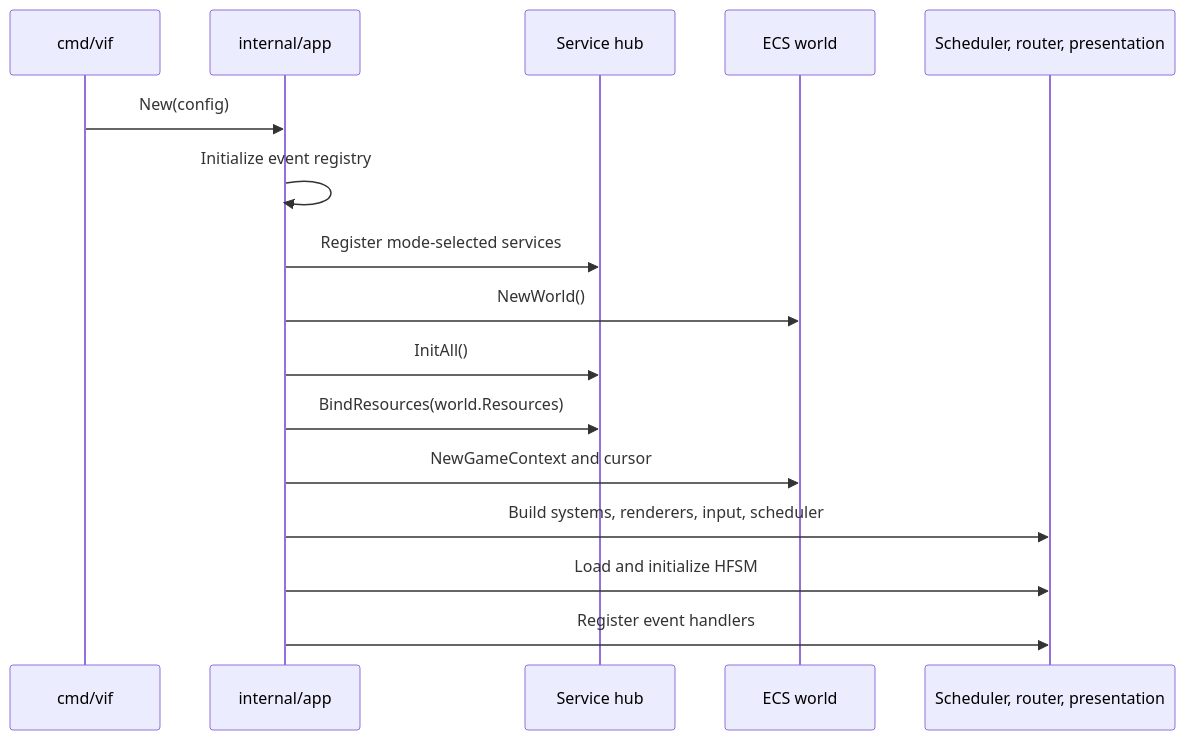
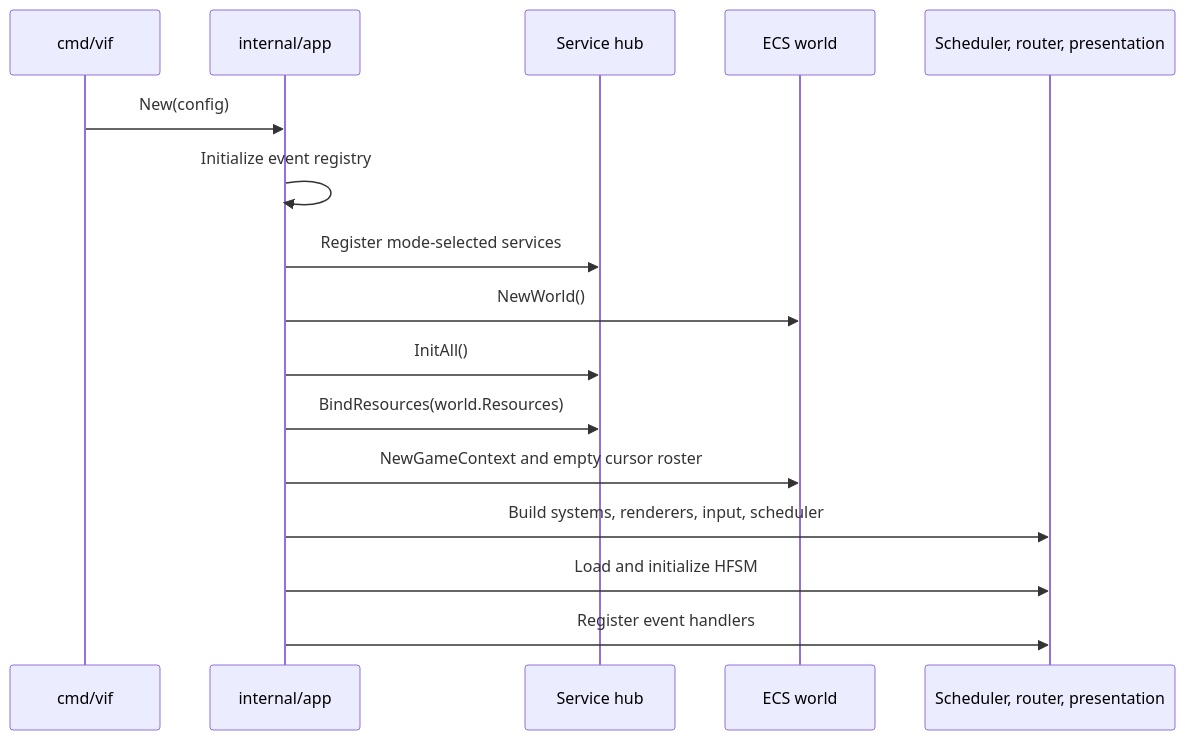
Before and after one commit to lixenwraith/vi-fighter: the first of 3 diagrams in doc/runtime.md, drawn with Mermaid. The commit also changed other lines of this file and 15 other files, not shown here.

````diff
--- a/doc/runtime.md
+++ b/doc/runtime.md
@@ -37,19 +37,19 @@
 ```mermaid
 sequenceDiagram
     participant Main as cmd/vif
     participant App as internal/app
     participant Hub as Service hub
     participant World as ECS world
     participant Runtime as Scheduler, router, presentation
 
     Main->>App: New(config)
     App->>App: Initialize event registry
     App->>Hub: Register mode-selected services
     App->>World: NewWorld()
     App->>Hub: InitAll()
     App->>Hub: BindResources(world.Resources)
-    App->>World: NewGameContext and cursor
+    App->>World: NewGameContext and empty cursor roster
     App->>Runtime: Build systems, renderers, input, scheduler
     App->>Runtime: Load and initialize HFSM
     App->>Runtime: Register event handlers
 ```
````
